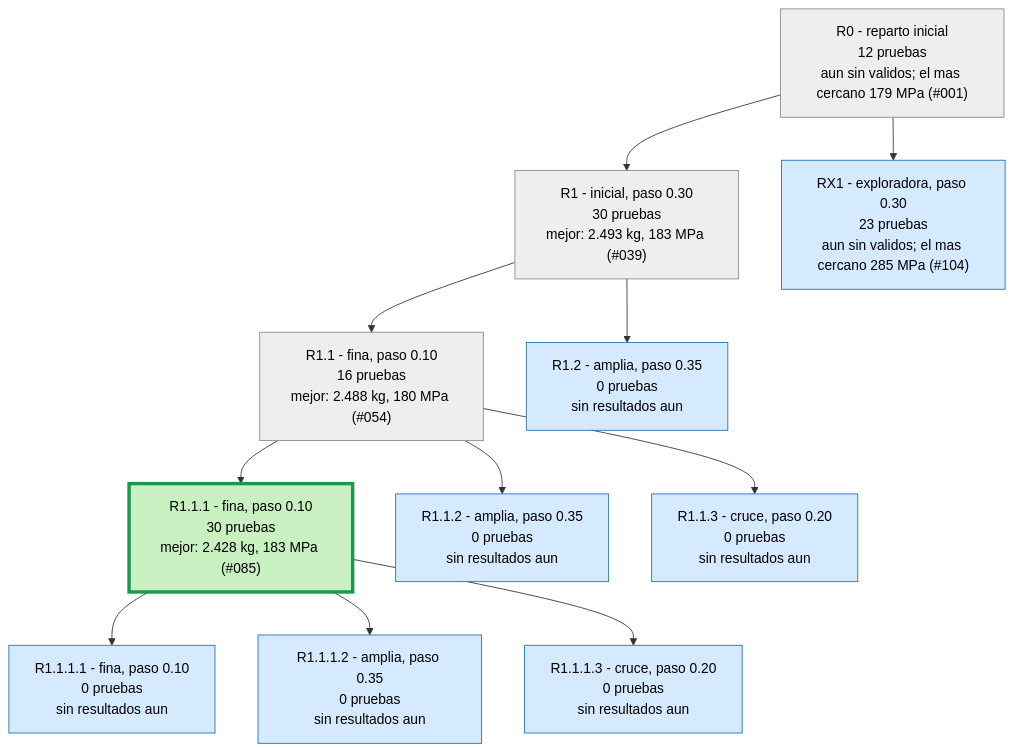
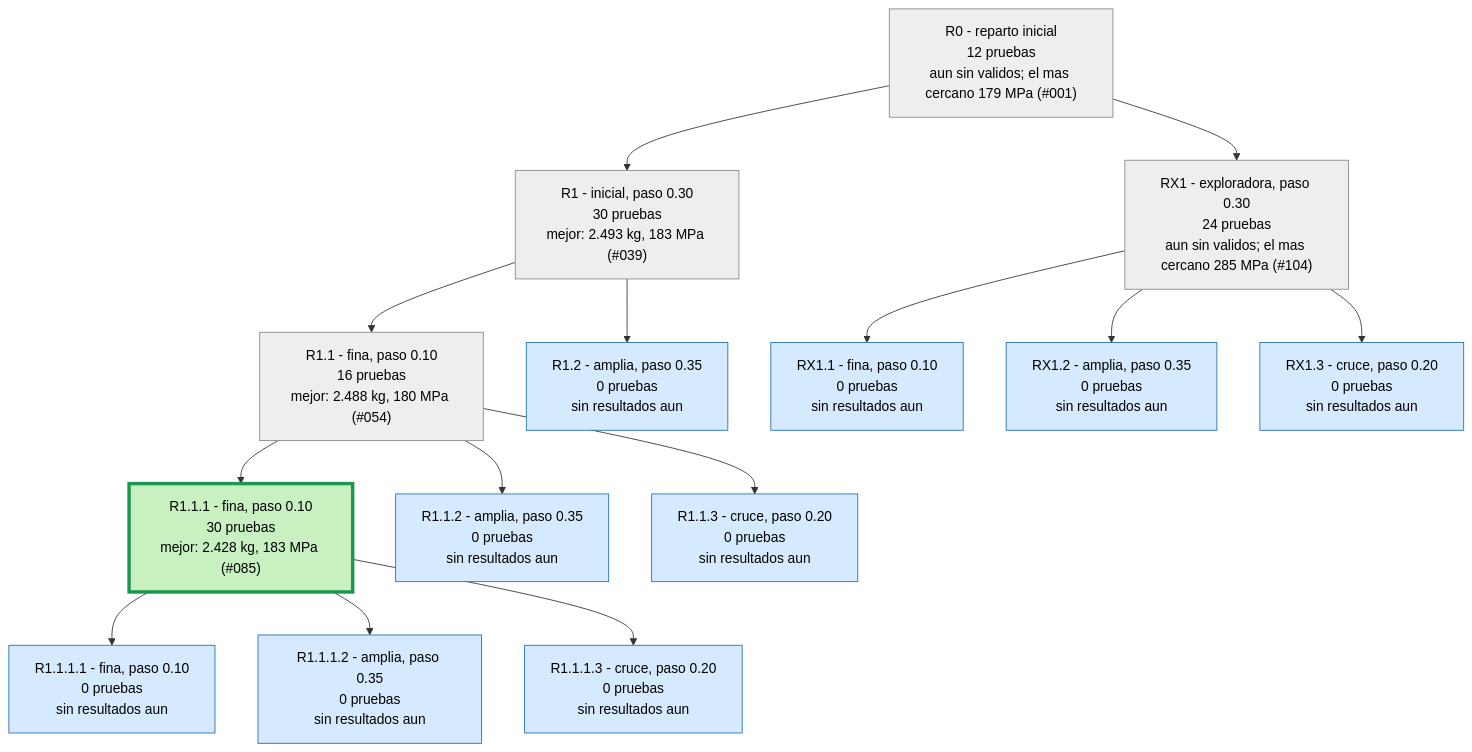
Before and after one commit to Hugiko/msd-soporte-optimizacion: the second of 3 diagrams in runs/opt_37800N/ARBOL.md, drawn with Mermaid. The commit also changed 22 other files, not shown here.

````diff
--- a/runs/opt_37800N/ARBOL.md
+++ b/runs/opt_37800N/ARBOL.md
@@ -29,27 +29,33 @@
 ```mermaid
 graph TD
 classDef activa fill:#d6eaff,stroke:#1f6fb5,color:#000
 classDef fin fill:#eeeeee,stroke:#888,color:#000
 classDef mejor fill:#c8f0c0,stroke:#1a9850,stroke-width:4px,color:#000
 R0["R0 - reparto inicial<br/>12 pruebas<br/>aun sin validos; el mas cercano 179 MPa (#001)"]:::fin
 R1["R1 - inicial, paso 0.30<br/>30 pruebas<br/>mejor: 2.493 kg, 183 MPa (#039)"]:::fin
 R0 --> R1
 R1_1["R1.1 - fina, paso 0.10<br/>16 pruebas<br/>mejor: 2.488 kg, 180 MPa (#054)"]:::fin
 R1 --> R1_1
 R1_2["R1.2 - amplia, paso 0.35<br/>0 pruebas<br/>sin resultados aun"]:::activa
 R1 --> R1_2
 R1_1_1["R1.1.1 - fina, paso 0.10<br/>30 pruebas<br/>mejor: 2.428 kg, 183 MPa (#085)"]:::mejor
 R1_1 --> R1_1_1
 R1_1_2["R1.1.2 - amplia, paso 0.35<br/>0 pruebas<br/>sin resultados aun"]:::activa
 R1_1 --> R1_1_2
 R1_1_3["R1.1.3 - cruce, paso 0.20<br/>0 pruebas<br/>sin resultados aun"]:::activa
 R1_1 --> R1_1_3
 R1_1_1_1["R1.1.1.1 - fina, paso 0.10<br/>0 pruebas<br/>sin resultados aun"]:::activa
 R1_1_1 --> R1_1_1_1
 R1_1_1_2["R1.1.1.2 - amplia, paso 0.35<br/>0 pruebas<br/>sin resultados aun"]:::activa
 R1_1_1 --> R1_1_1_2
 R1_1_1_3["R1.1.1.3 - cruce, paso 0.20<br/>0 pruebas<br/>sin resultados aun"]:::activa
 R1_1_1 --> R1_1_1_3
-RX1["RX1 - exploradora, paso 0.30<br/>23 pruebas<br/>aun sin validos; el mas cercano 285 MPa (#104)"]:::activa
+RX1["RX1 - exploradora, paso 0.30<br/>24 pruebas<br/>aun sin validos; el mas cercano 285 MPa (#104)"]:::fin
 R0 --> RX1
+RX1_1["RX1.1 - fina, paso 0.10<br/>0 pruebas<br/>sin resultados aun"]:::activa
+RX1 --> RX1_1
+RX1_2["RX1.2 - amplia, paso 0.35<br/>0 pruebas<br/>sin resultados aun"]:::activa
+RX1 --> RX1_2
+RX1_3["RX1.3 - cruce, paso 0.20<br/>0 pruebas<br/>sin resultados aun"]:::activa
+RX1 --> RX1_3
 ```
````
